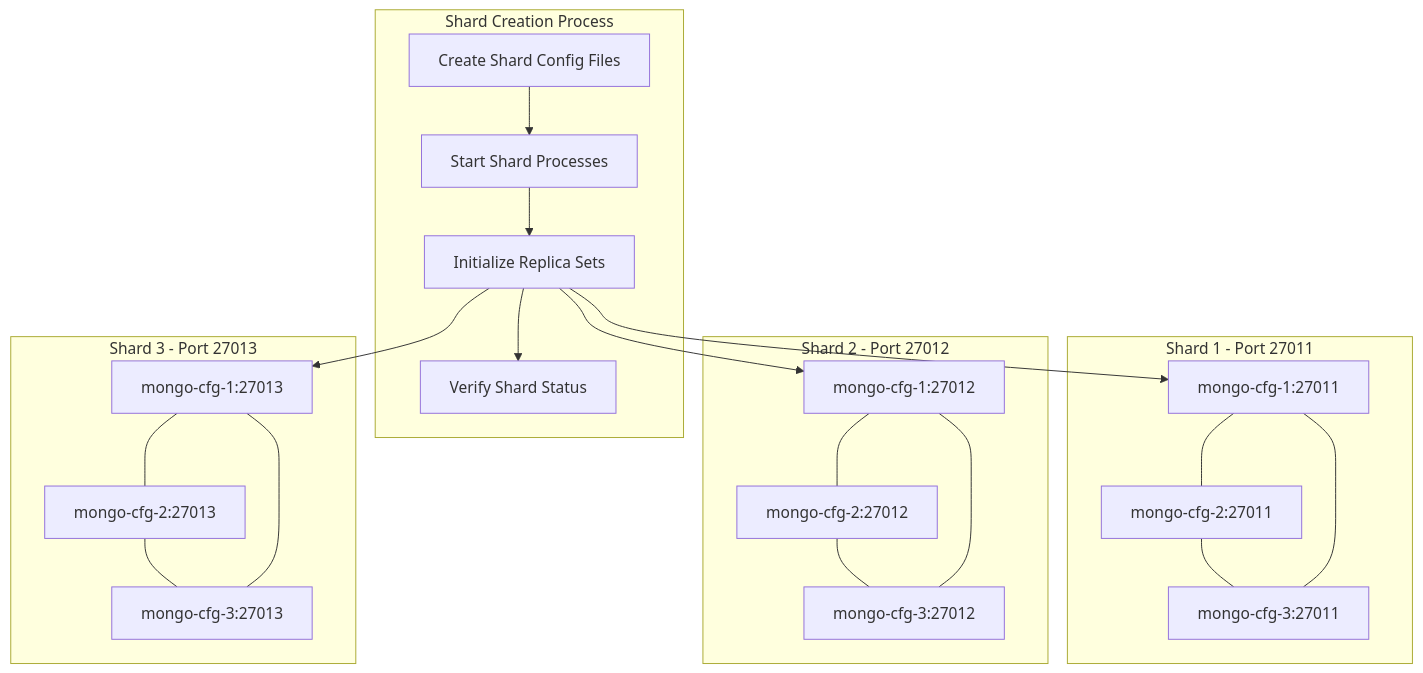
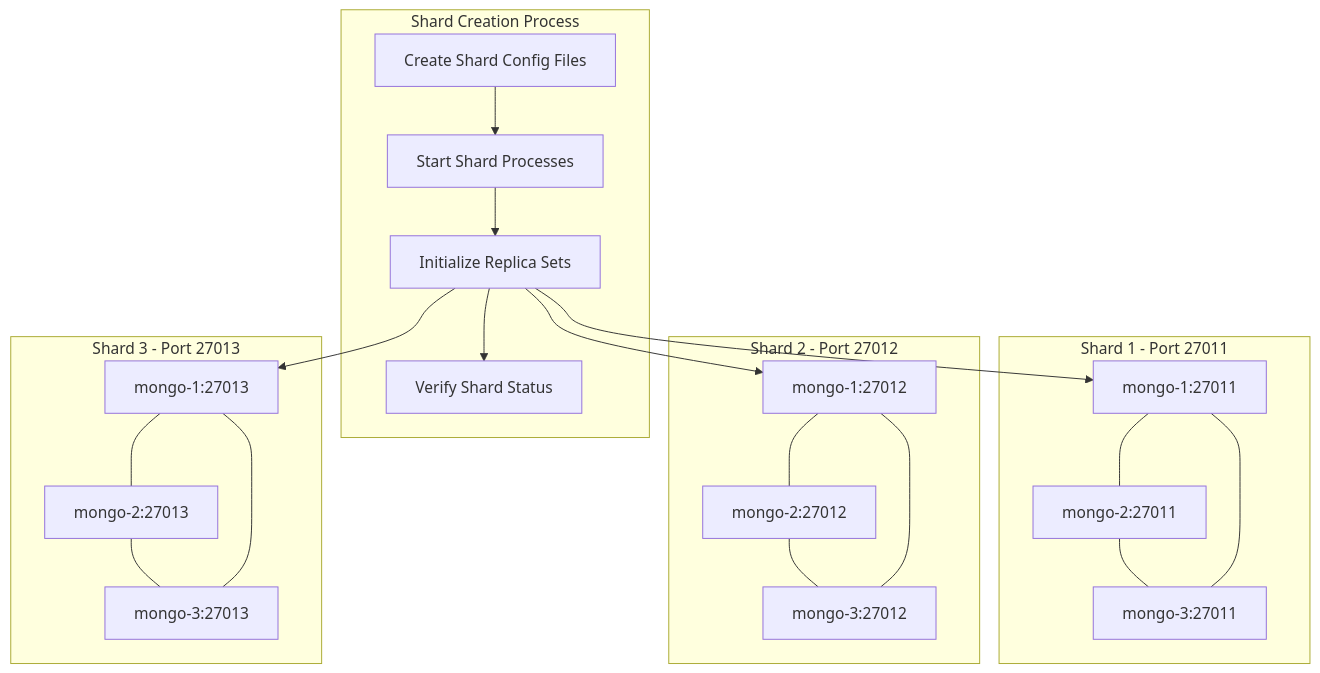
One commit to ngockhanhvd2812/DBA changed the eighth of 18 diagrams in DB/Mongo-Sharding/mongo-sharding-practice.md. Above: the diagram before and after it, drawn with Mermaid. The commit also changed other lines of this file, not shown here.

````diff
--- a/DB/Mongo-Sharding/mongo-sharding-practice.md
+++ b/DB/Mongo-Sharding/mongo-sharding-practice.md
@@ -844,39 +862,39 @@
 ```mermaid
 graph TD
     subgraph "Shard Creation Process"
         A[Create Shard Config Files] --> B[Start Shard Processes]
         B --> C[Initialize Replica Sets]
         C --> D[Verify Shard Status]
     end
     
     subgraph "Shard 1 - Port 27011"
-        S1A[mongo-cfg-1:27011]
-        S1B[mongo-cfg-2:27011]
-        S1C[mongo-cfg-3:27011]
+        S1A[mongo-1:27011]
+        S1B[mongo-2:27011]
+        S1C[mongo-3:27011]
         S1A --- S1B
         S1B --- S1C
         S1C --- S1A
     end
     
     subgraph "Shard 2 - Port 27012"
-        S2A[mongo-cfg-1:27012]
-        S2B[mongo-cfg-2:27012]
-        S2C[mongo-cfg-3:27012]
+        S2A[mongo-1:27012]
+        S2B[mongo-2:27012]
+        S2C[mongo-3:27012]
         S2A --- S2B
         S2B --- S2C
         S2C --- S2A
     end
     
     subgraph "Shard 3 - Port 27013"
-        S3A[mongo-cfg-1:27013]
-        S3B[mongo-cfg-2:27013]
-        S3C[mongo-cfg-3:27013]
+        S3A[mongo-1:27013]
+        S3B[mongo-2:27013]
+        S3C[mongo-3:27013]
         S3A --- S3B
         S3B --- S3C
         S3C --- S3A
     end
     
     C --> S1A
     C --> S2A
     C --> S3A
 ```
````
